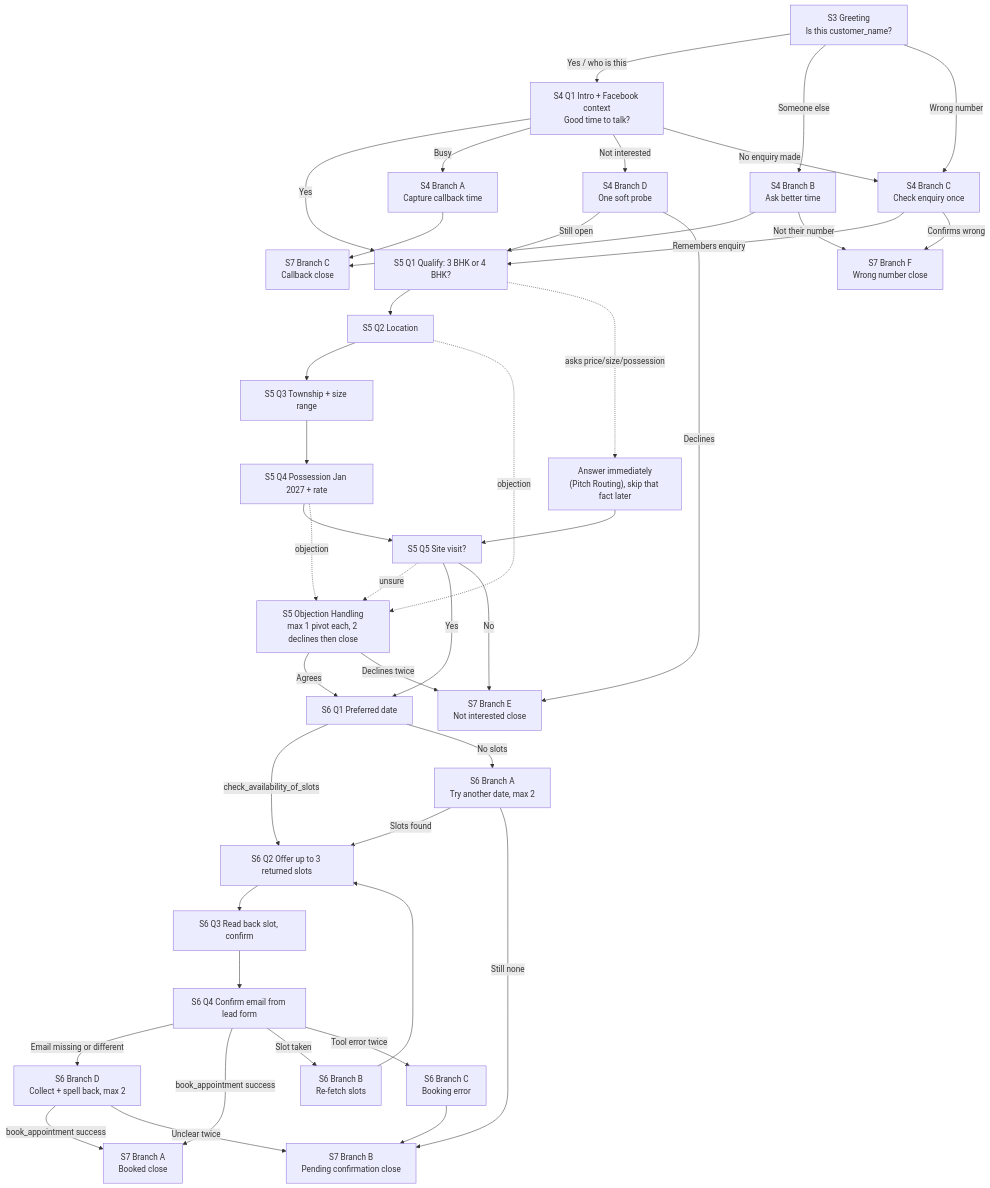
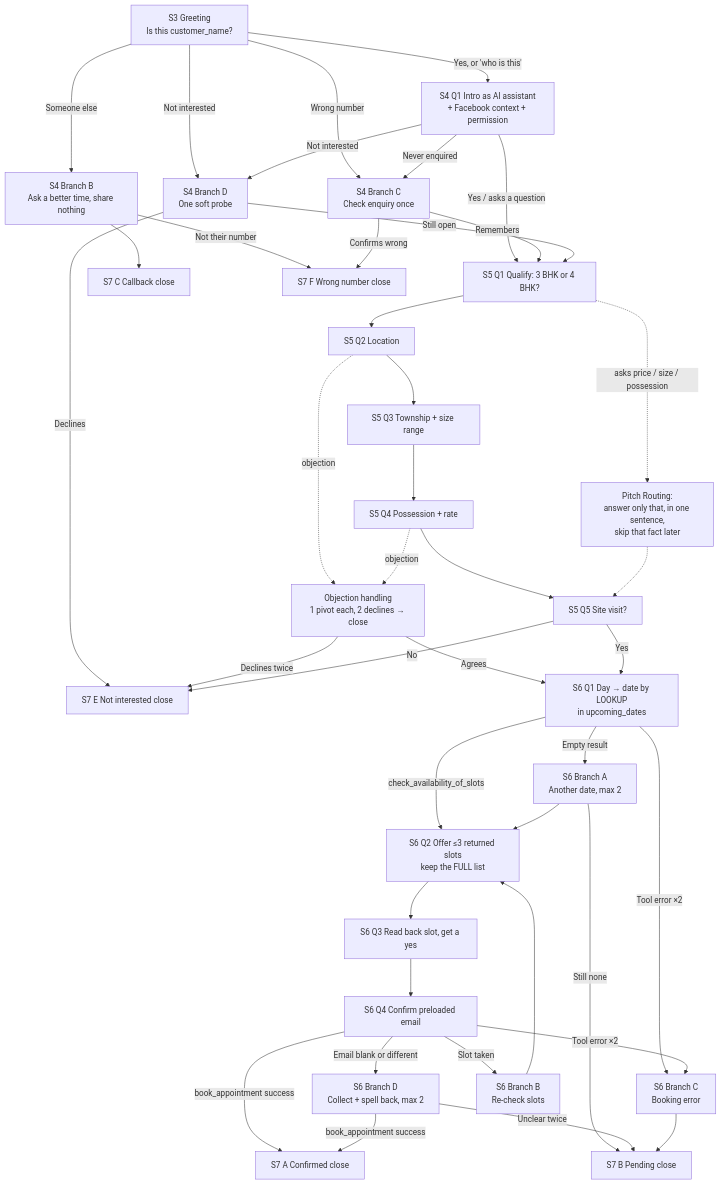
One commit to aaritmehta15/mahima-palm-springs-voice-agent changed the first of 2 diagrams in prompts/conversation_flow.md. Above: the diagram before and after it, drawn with Mermaid. The commit also changed other lines of this file and 8 other files, not shown here.

First line of the commit message:
Prompt v0.9 date lookup, call script, design and learnings doc

````diff
--- a/prompts/conversation_flow.md
+++ b/prompts/conversation_flow.md
@@ -7,48 +7,42 @@
 ```mermaid
 flowchart TD
-    G["S3 Greeting<br/>Is this customer_name?"] -->|Yes / who is this| I["S4 Q1 Intro + Facebook context<br/>Good time to talk?"]
-    G -->|Someone else| RB["S4 Branch B<br/>Ask better time"]
+    G["S3 Greeting<br/>Is this customer_name?"] -->|Yes, or 'who is this'| I["S4 Q1 Intro as AI assistant<br/>+ Facebook context + permission"]
+    G -->|Someone else| RB["S4 Branch B<br/>Ask a better time, share nothing"]
     G -->|Wrong number| RC["S4 Branch C<br/>Check enquiry once"]
+    G -->|Not interested| BD
 
-    I -->|Yes| P1["S5 Q1 Qualify: 3 BHK or 4 BHK?"]
-    I -->|Busy| BA["S4 Branch A<br/>Capture callback time"]
+    I -->|Yes / asks a question| P1["S5 Q1 Qualify: 3 BHK or 4 BHK?"]
+    I -->|Never enquired| RC
     I -->|Not interested| BD["S4 Branch D<br/>One soft probe"]
-    I -->|No enquiry made| RC
 
-    RB --> C_CB["S7 Branch C<br/>Callback close"]
-    RB -->|Not their number| C_WN["S7 Branch F<br/>Wrong number close"]
-    RC -->|Remembers enquiry| P1
+    RB --> C_CB["S7 C Callback close"]
+    RB -->|Not their number| C_WN["S7 F Wrong number close"]
+    RC -->|Remembers| P1
     RC -->|Confirms wrong| C_WN
-    BA --> C_CB
     BD -->|Still open| P1
-    BD -->|Declines| C_NI["S7 Branch E<br/>Not interested close"]
+    BD -->|Declines| C_NI["S7 E Not interested close"]
 
-    P1 --> P2["S5 Q2 Location"]
-    P1 -. asks price/size/possession .-> PR["Answer immediately<br/>(Pitch Routing), skip that fact later"]
-    PR --> P5
-    P2 --> P3["S5 Q3 Township + size range"]
-    P3 --> P4["S5 Q4 Possession Jan 2027 + rate"]
-    P4 --> P5["S5 Q5 Site visit?"]
-    P2 -. objection .-> OBJ["S5 Objection Handling<br/>max 1 pivot each, 2 declines then close"]
+    P1 --> P2["S5 Q2 Location"] --> P3["S5 Q3 Township + size range"] --> P4["S5 Q4 Possession + rate"] --> P5["S5 Q5 Site visit?"]
+    P1 -. "asks price / size / possession" .-> PR["Pitch Routing:<br/>answer only that, in one sentence,<br/>skip that fact later"]
+    PR -.-> P5
+    P2 -. objection .-> OBJ["Objection handling<br/>1 pivot each, 2 declines → close"]
     P4 -. objection .-> OBJ
-    P5 -. unsure .-> OBJ
     OBJ -->|Agrees| V1
     OBJ -->|Declines twice| C_NI
-    P5 -->|Yes| V1["S6 Q1 Preferred date"]
+    P5 -->|Yes| V1["S6 Q1 Day → date by LOOKUP<br/>in upcoming_dates"]
     P5 -->|No| C_NI
 
-    V1 -->|check_availability_of_slots| V2["S6 Q2 Offer up to 3 returned slots"]
-    V1 -->|No slots| VA["S6 Branch A<br/>Try another date, max 2"]
-    VA -->|Slots found| V2
-    VA -->|Still none| C_PEND["S7 Branch B<br/>Pending confirmation close"]
-    V2 --> V3["S6 Q3 Read back slot, confirm"]
-    V3 --> V4["S6 Q4 Confirm email from lead form"]
-    V4 -->|Email missing or different| VD["S6 Branch D<br/>Collect + spell back, max 2"]
-    V4 -->|book_appointment success| C_BOOK["S7 Branch A<br/>Booked close"]
+    V1 -->|check_availability_of_slots| V2["S6 Q2 Offer ≤3 returned slots<br/>keep the FULL list"]
+    V1 -->|Empty result| VA["S6 Branch A<br/>Another date, max 2"]
+    V1 -->|Tool error ×2| VC
+    VA --> V2
+    VA -->|Still none| C_PEND["S7 B Pending close"]
+    V2 --> V3["S6 Q3 Read back slot, get a yes"]
+    V3 --> V4["S6 Q4 Confirm preloaded email"]
+    V4 -->|Email blank or different| VD["S6 Branch D<br/>Collect + spell back, max 2"]
+    V4 -->|book_appointment success| C_BOOK["S7 A Confirmed close"]
     VD -->|book_appointment success| C_BOOK
     VD -->|Unclear twice| C_PEND
-    V4 -->|Slot taken| VB["S6 Branch B<br/>Re-fetch slots"]
-    VB --> V2
-    V4 -->|Tool error twice| VC["S6 Branch C<br/>Booking error"]
-    VC --> C_PEND
+    V4 -->|Slot taken| VB["S6 Branch B<br/>Re-check slots"] --> V2
+    V4 -->|Tool error ×2| VC["S6 Branch C<br/>Booking error"] --> C_PEND
 ```
````
